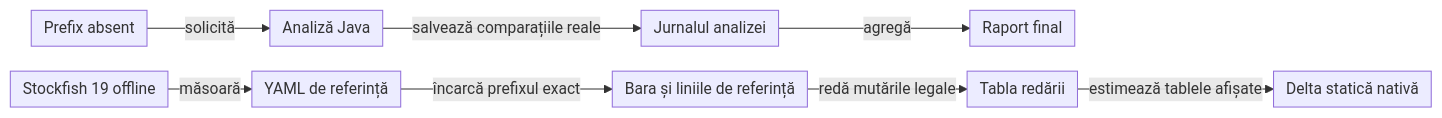
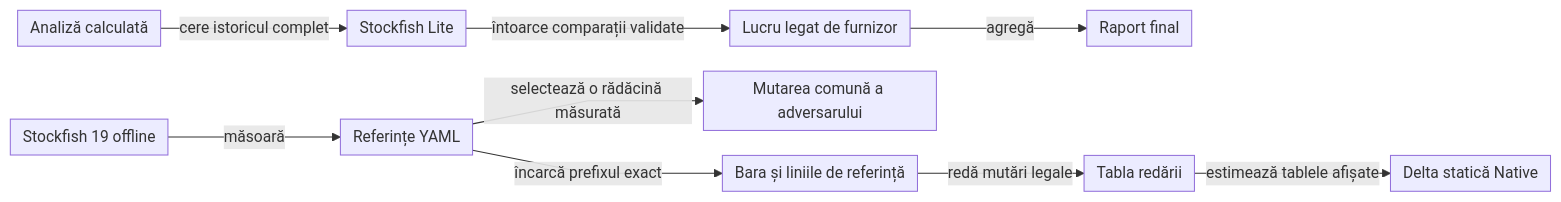
One commit to crististefanita/chess changed the diagram in docs/board/analysis-sources.md. Above: the diagram before and after it, drawn with Mermaid. The commit also changed other lines of this file and 126 other files, not shown here.

````diff
--- a/docs/board/analysis-sources.md
+++ b/docs/board/analysis-sources.md
@@ -16,11 +24,12 @@
 ```mermaid
 %%{init: {"themeVariables":{"fontSize":"15px"},"themeCSS":".edgeLabel, .edgeLabel p { font-size: 12px !important; } .node rect { rx: 6px; ry: 6px; }","flowchart":{"curve":"linear","nodeSpacing":24,"rankSpacing":22,"padding":6},"sequence":{"mirrorActors":false,"messageMargin":24,"wrap":true}}}%%
 flowchart LR
-    SF["Stockfish 19 offline"] -->|măsoară| YAML["YAML de referință"]
+    SF["Stockfish 19 offline"] -->|măsoară| YAML["Referințe YAML"]
     YAML -->|încarcă prefixul exact| Ref["Bara și liniile de referință"]
-    Missing["Prefix absent"] -->|solicită| Native["Analiză Java"]
-    Native -->|salvează comparațiile reale| Journal["Jurnalul analizei"]
+    YAML -->|selectează o rădăcină măsurată| Opponent["Mutarea comună a adversarului"]
+    Live["Analiză calculată"] -->|cere istoricul complet| SFLocal["Stockfish Lite"]
+    SFLocal -->|întoarce comparații validate| Journal["Lucru legat de furnizor"]
     Journal -->|agregă| Final["Raport final"]
-    Ref -->|redă mutările legale| Preview["Tabla redării"]
-    Preview -->|estimează tablele afișate| Static["Delta statică nativă"]
+    Ref -->|redă mutări legale| Preview["Tabla redării"]
+    Preview -->|estimează tablele afișate| Static["Delta statică Native"]
 ```
````
